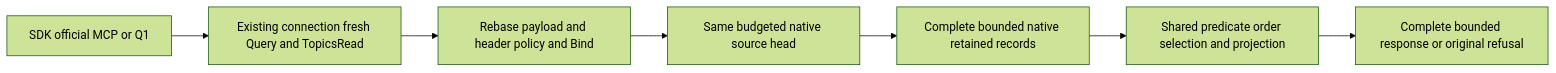
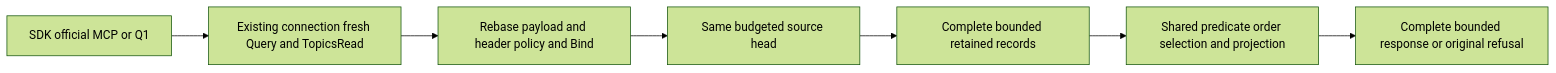
The second of 3 diagrams in docs/Features/QueryExecution.md (managedcode/KeyLoad), drawn with Mermaid (forest theme) before and after one commit. The commit also changed other lines of this file and 9016 other files, not shown here.

````diff
--- a/docs/Features/QueryExecution.md
+++ b/docs/Features/QueryExecution.md
@@ -87,9 +87,9 @@
 ```mermaid
 flowchart LR
     Public[SDK official MCP or Q1] --> Auth[Existing connection fresh Query and TopicsRead]
     Auth --> Bind[Rebase payload and header policy and Bind]
-    Bind --> Head[Same budgeted native source head]
-    Head --> Rows[Complete bounded native retained records]
+    Bind --> Head[Same budgeted source head]
+    Head --> Rows[Complete bounded retained records]
     Rows --> Project[Shared predicate order selection and projection]
     Project --> Result[Complete bounded response or original refusal]
 ```
````
